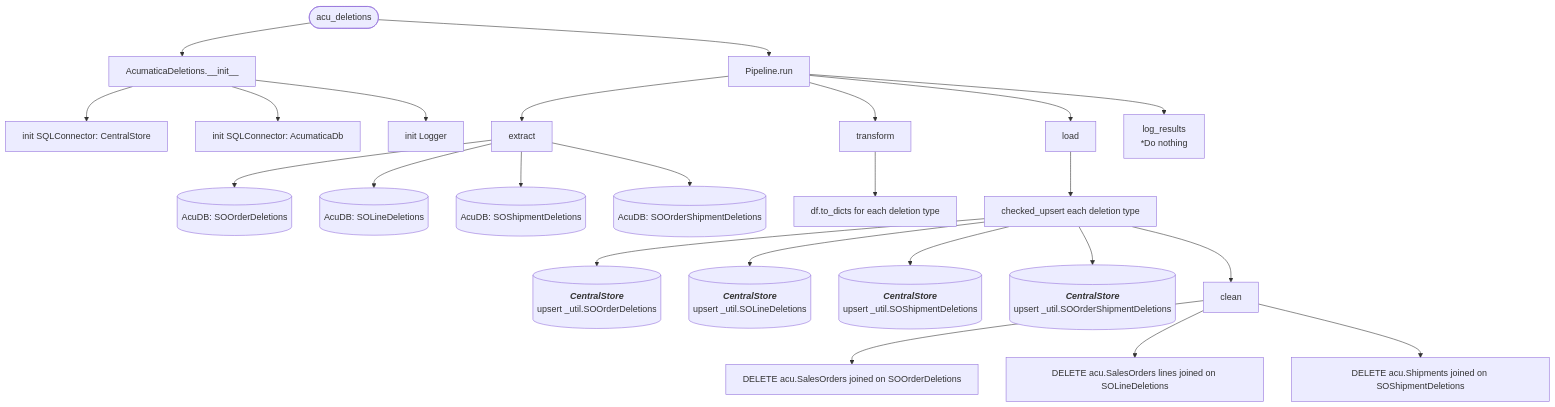
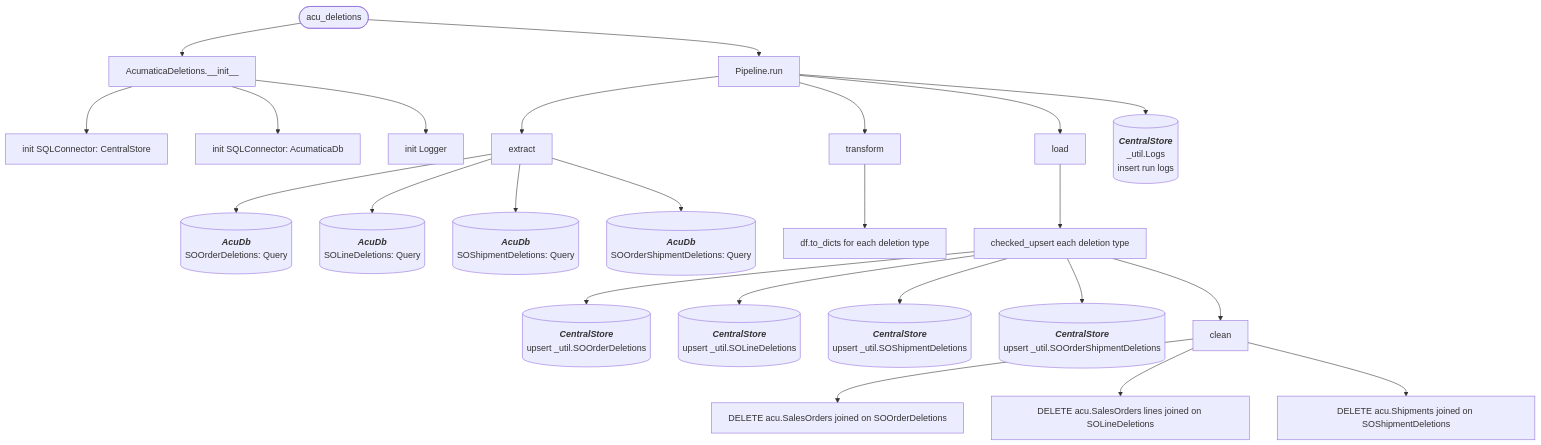
Before and after one commit to journeyhl/integration-platform: the diagram in docs/pipelines/acu_deletions.md, drawn with Mermaid. The commit also changed 25 other files, not shown here.

````diff
--- a/docs/pipelines/acu_deletions.md
+++ b/docs/pipelines/acu_deletions.md
@@ -1,44 +1,59 @@
 ```mermaid
 %%{init: {"flowchart": {"wrappingWidth": 400}}}%%
 flowchart TD
     A([acu_deletions]) --> B[AcumaticaDeletions.__init__]
     B --> B1[init SQLConnector: CentralStore]
     B --> B2[init SQLConnector: AcumaticaDb]
     B --> B3[init Logger]
     
     A --> RUN[Pipeline.run]
 
     RUN --> EX[extract]
-    EX --> D1[(AcuDB: SOOrderDeletions)]
-    EX --> D2[(AcuDB: SOLineDeletions)]
-    EX --> D3[(AcuDB: SOShipmentDeletions)]
-    EX --> D4[(AcuDB: SOOrderShipmentDeletions)]
+    EX --> D1[(
+        <b><i>AcuDb</i></b>
+        SOOrderDeletions: Query
+    )]
+    EX --> D2[(
+        <b><i>AcuDb</i></b>
+        SOLineDeletions: Query
+    )]
+    EX --> D3[(
+        <b><i>AcuDb</i></b>
+        SOShipmentDeletions: Query
+    )]
+    EX --> D4[(
+        <b><i>AcuDb</i></b>
+        SOOrderShipmentDeletions: Query
+    )]
 
     RUN --> TR[transform]
     TR --> T1[df.to_dicts for each deletion type]
 
     RUN --> LD[load]
     LD --> LS[checked_upsert each deletion type]
     LS --> CS1[(
         <b><i>CentralStore</i></b>
         upsert _util.SOOrderDeletions
     )]
     LS --> CS2[(
         <b><i>CentralStore</i></b>
         upsert _util.SOLineDeletions
     )]
     LS --> CS3[(
         <b><i>CentralStore</i></b>
         upsert _util.SOShipmentDeletions
     )]
     LS --> CS4[(
         <b><i>CentralStore</i></b>
         upsert _util.SOOrderShipmentDeletions
     )]
     LS --> CL[clean]
     CL --> CL1[DELETE acu.SalesOrders joined on SOOrderDeletions]
     CL --> CL2[DELETE acu.SalesOrders lines joined on SOLineDeletions]
     CL --> CL3[DELETE acu.Shipments joined on SOShipmentDeletions]
 
-    RUN --> LR[log_results<br/>*Do nothing]
+    RUN --> LOGS[(
+        <b><i>CentralStore</i></b>
+        _util.Logs<br/>insert run logs
+    )]
 ```
````
